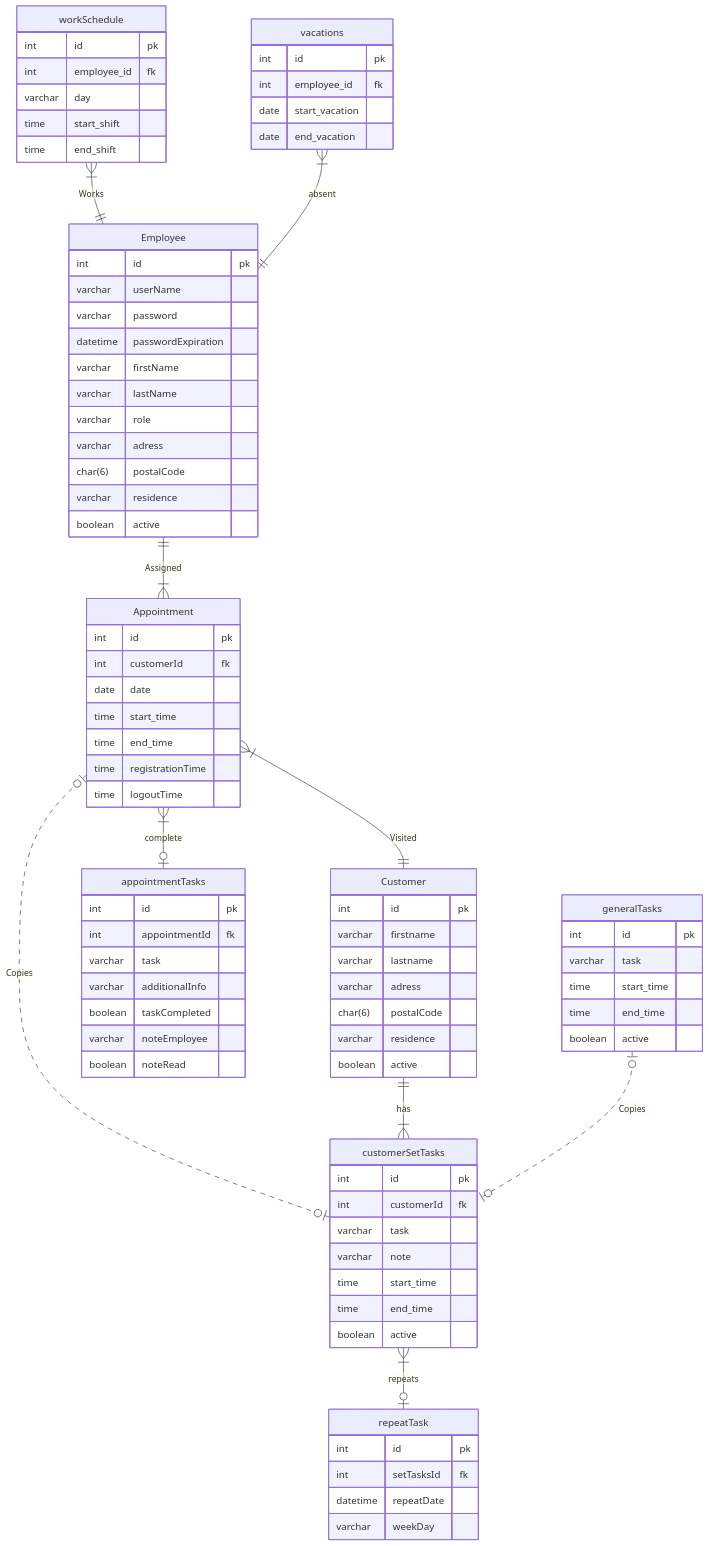
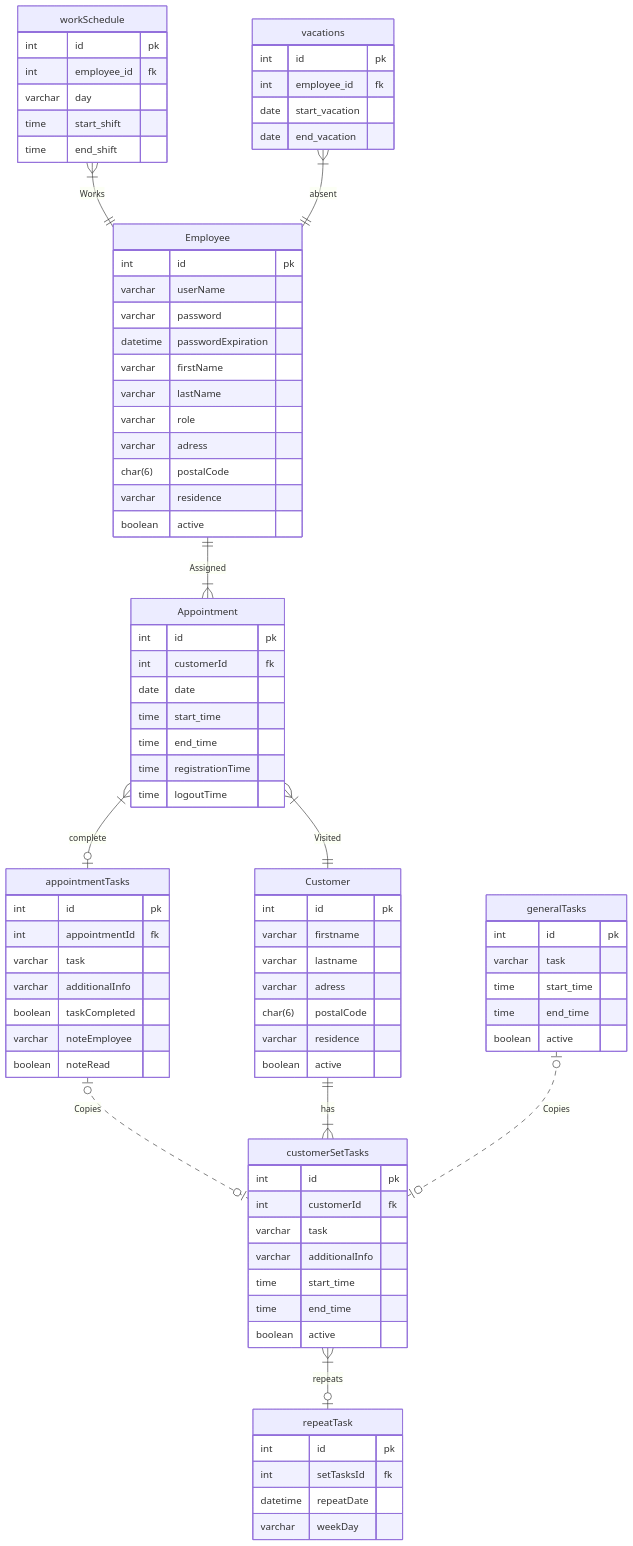
One commit to Educom-Trainees/educom-zorgApp changed the diagram in documentation/ERD.md. Above: the diagram before and after it, drawn with Mermaid.

```diff
--- a/documentation/ERD.md
+++ b/documentation/ERD.md
@@ -36,7 +36,6 @@
 
   Appointment }|--|| Customer : Visited
   Appointment }|--|o appointmentTasks : complete
-  Appointment o|..|o customerSetTasks : Copies
   Appointment{
   int id pk
   int customerId fk
@@ -47,6 +46,7 @@
   time logoutTime
   }
 
+  appointmentTasks o|..|o customerSetTasks : Copies
   appointmentTasks{
   int id pk
   int appointmentId fk
@@ -82,7 +82,7 @@
   int id pk
   int customerId fk
   varchar task
-  varchar note
+  varchar additionalInfo
   time start_time
   time end_time
   boolean active
```
